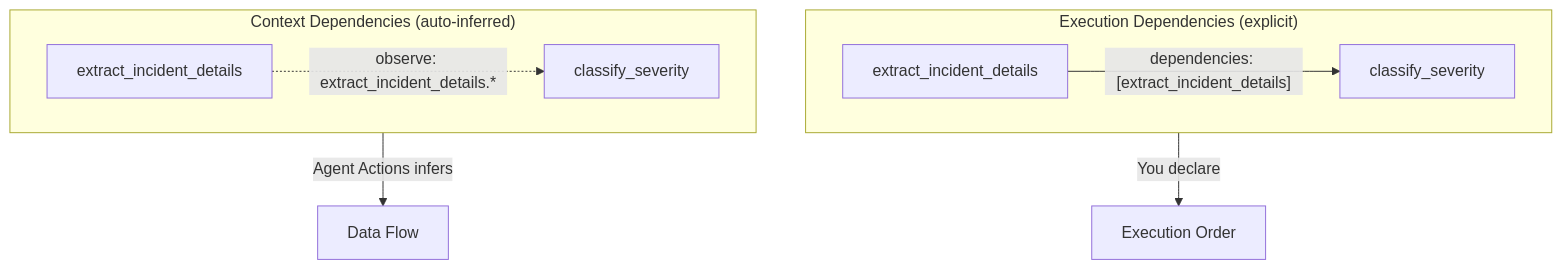
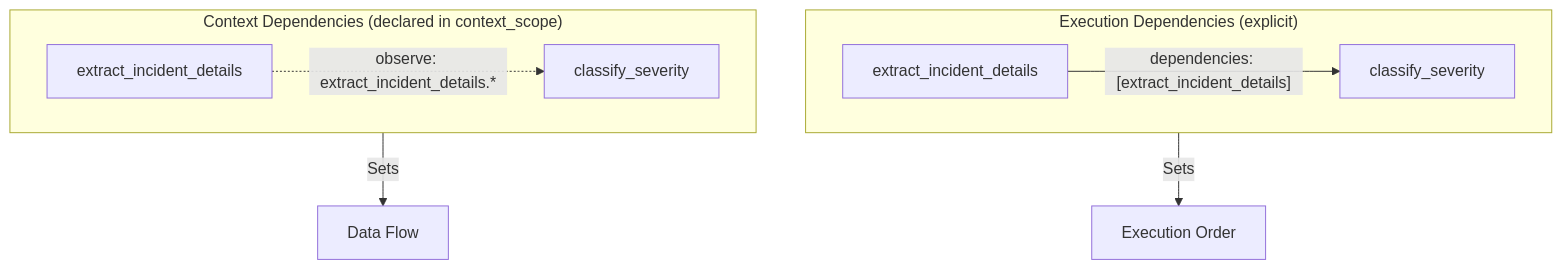
One commit to Muizzkolapo/agent-actions changed the second of 3 diagrams in docs.agent-actions/docs/tutorials/concepts.md. Above: the diagram before and after it, drawn with Mermaid. The commit also changed other lines of this file and 62 other files, not shown here.

````diff
--- a/docs.agent-actions/docs/tutorials/concepts.md
+++ b/docs.agent-actions/docs/tutorials/concepts.md
@@ -166,15 +182,15 @@
 ```mermaid
 flowchart TB
     subgraph execution["Execution Dependencies (explicit)"]
         direction LR
         A1[extract_incident_details] -->|"dependencies: [extract_incident_details]"| B1[classify_severity]
     end
 
-    subgraph context["Context Dependencies (auto-inferred)"]
+    subgraph context["Context Dependencies (declared in context_scope)"]
         direction LR
         A2[extract_incident_details] -.->|"observe: extract_incident_details.*"| B2[classify_severity]
     end
 
-    execution --> |"You declare"| D[Execution Order]
-    context --> |"Agent Actions infers"| E[Data Flow]
+    execution --> |"Sets"| D[Execution Order]
+    context --> |"Sets"| E[Data Flow]
 ```
````
